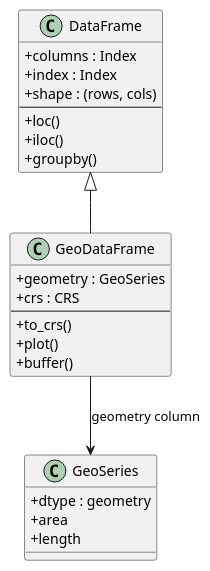
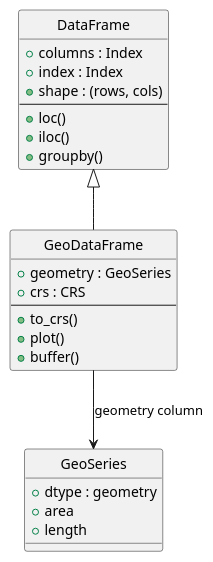
One commit to mauriciodev/progcart changed the diagram in aulas/modelo_latex/Python_oop/geopandas.puml. Above: the diagram before and after it, drawn with PlantUML. The commit also changed 8 other files, not shown here.

Commit message:
Removi os icones de classes e adicionei um diagrama no pyqgis plugin.

```diff
--- a/aulas/modelo_latex/Python_oop/geopandas.puml
+++ b/aulas/modelo_latex/Python_oop/geopandas.puml
@@ -2,32 +2,32 @@
 @startuml
-skinparam classAttributeIconSize 0
+hide circle
 
 class DataFrame {
     +columns : Index
     +index : Index
     +shape : (rows, cols)
     --
     +loc()
     +iloc()
     +groupby()
 }
 
 class GeoDataFrame {
     +geometry : GeoSeries
     +crs : CRS
     --
     +to_crs()
     +plot()
     +buffer()
 }
 
 class GeoSeries {
     +dtype : geometry
     +area
     +length
 }
 
 DataFrame <|-- GeoDataFrame
 GeoDataFrame --> GeoSeries : geometry column
 
 @enduml
```
